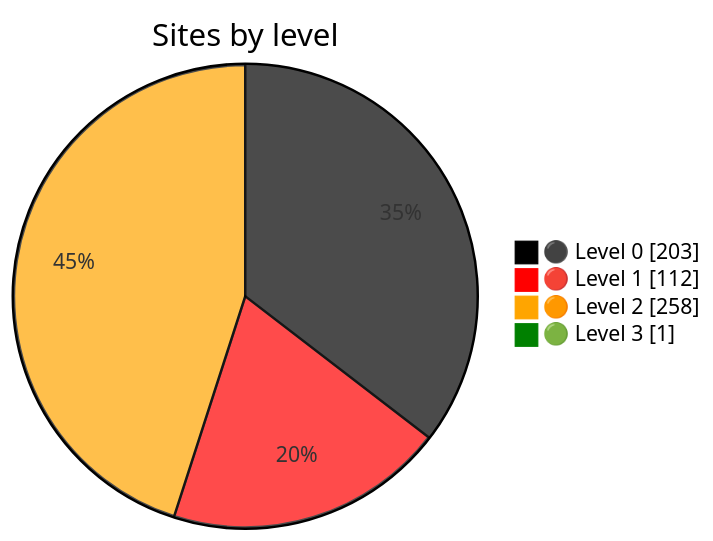
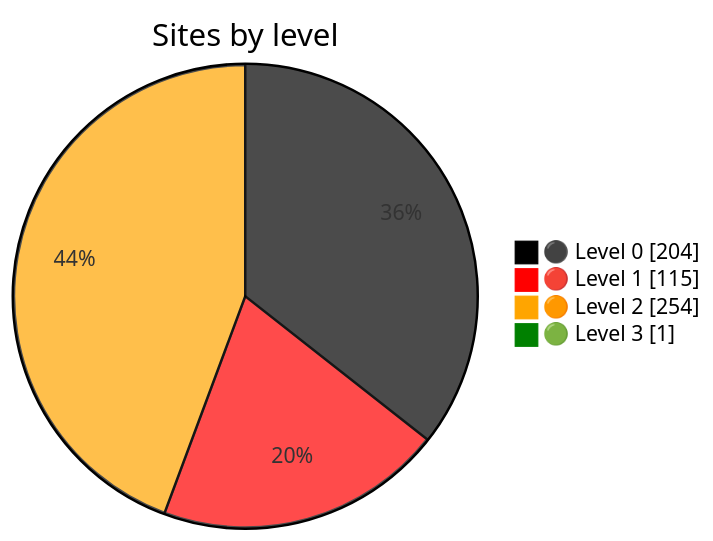
The diagram in README.md (Dushmilan/gov_lk_web_auditor), drawn with Mermaid before and after one commit. The commit also changed other lines of this file and 2561 other files, not shown here.

````diff
--- a/README.md
+++ b/README.md
@@ -24,9 +24,9 @@
 ```mermaid
 %%{init: {"themeVariables":{"pie1":"black","pie2":"red","pie3":"orange","pie4":"green"}}}%%
 pie showData
     title Sites by level
-    "⚫ Level 0" : 203
-    "🔴 Level 1" : 112
-    "🟠 Level 2" : 258
+    "⚫ Level 0" : 204
+    "🔴 Level 1" : 115
+    "🟠 Level 2" : 254
     "🟢 Level 3" : 1
 ```
````
